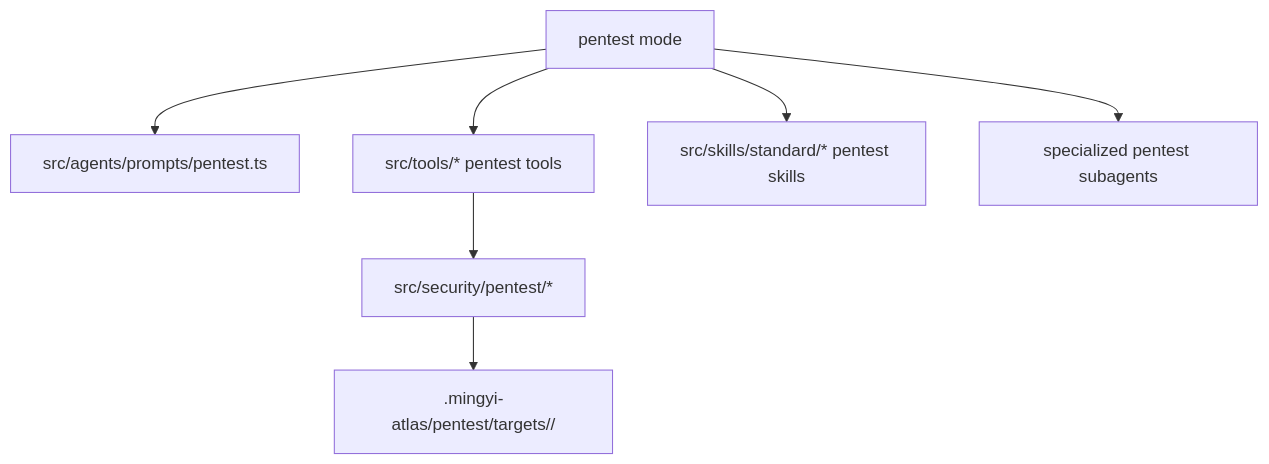
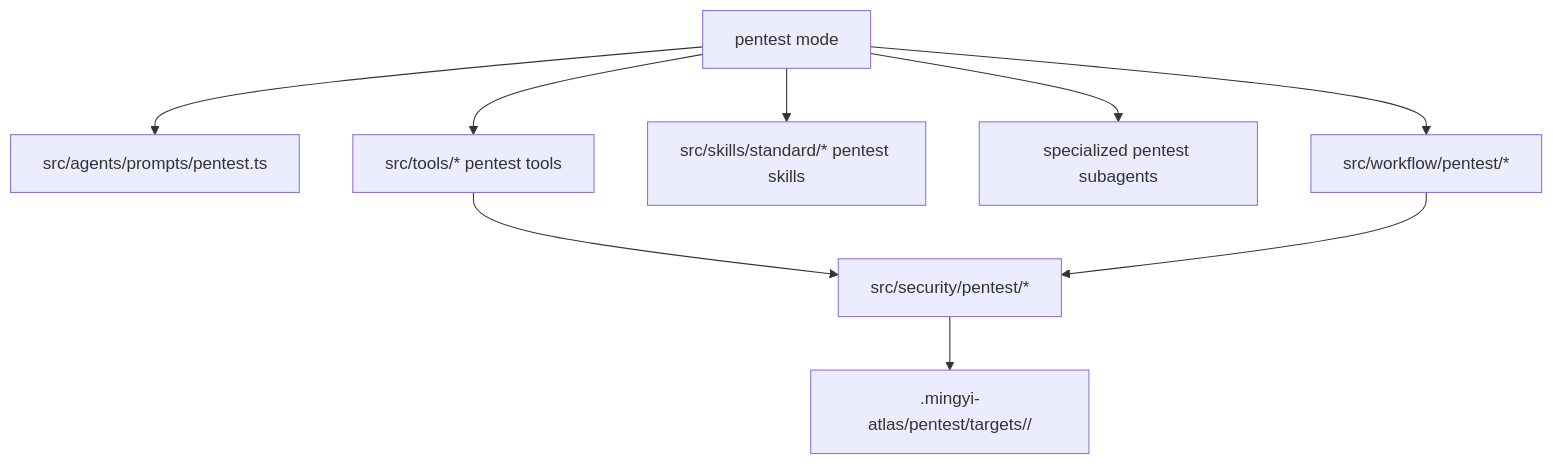
One commit to MingyiSecLab/Mingyi-Atlas changed the fifth of 5 diagrams in docs/architecture.md. Above: the diagram before and after it, drawn with Mermaid. The commit also changed other lines of this file and 97 other files, not shown here.

````diff
--- a/docs/architecture.md
+++ b/docs/architecture.md
@@ -213,9 +225,11 @@
 ```mermaid
 flowchart TD
   PentestMode["pentest mode"] --> PentestPrompt["src/agents/prompts/pentest.ts"]
   PentestMode --> PentestTools["src/tools/* pentest tools"]
   PentestMode --> PentestSkills["src/skills/standard/* pentest skills"]
   PentestMode --> PentestSubagents["specialized pentest subagents"]
+  PentestMode --> PentestWorkflow["src/workflow/pentest/*"]
   PentestTools --> SecurityDomain["src/security/pentest/*"]
+  PentestWorkflow --> SecurityDomain
   SecurityDomain --> RuntimeData[".mingyi-atlas/pentest/targets/<target-slug>/"]
 ```
````
